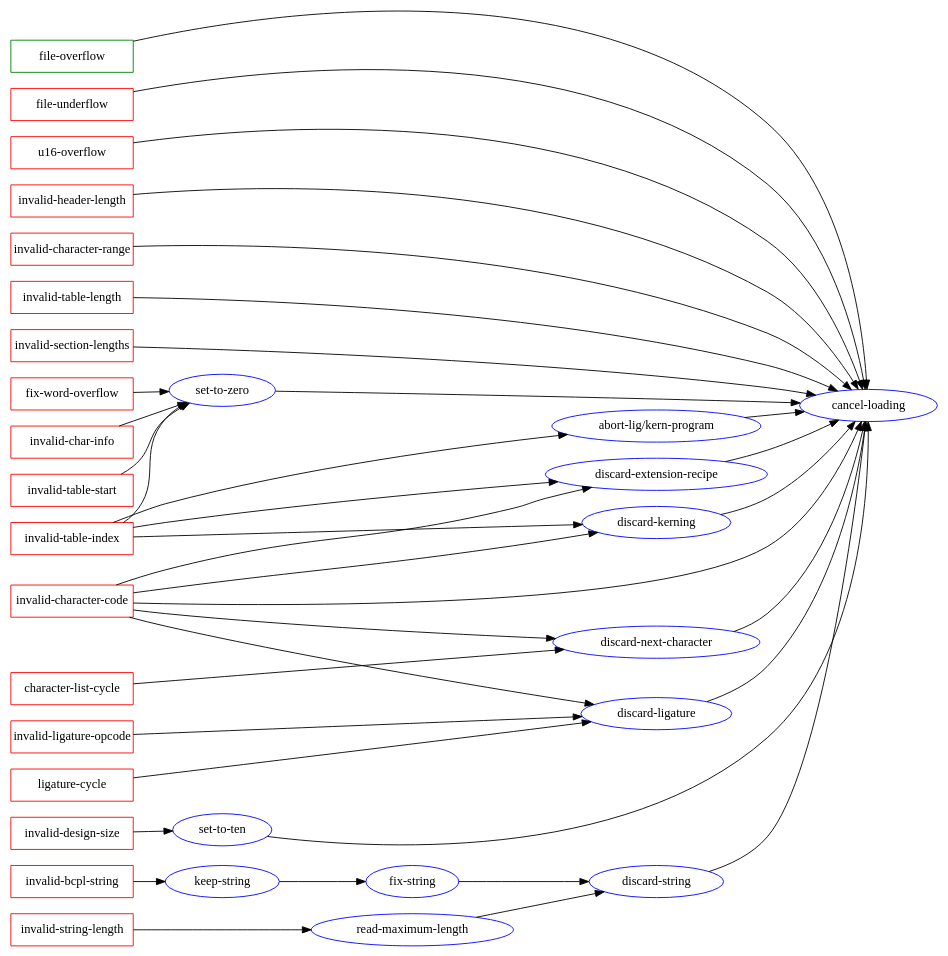
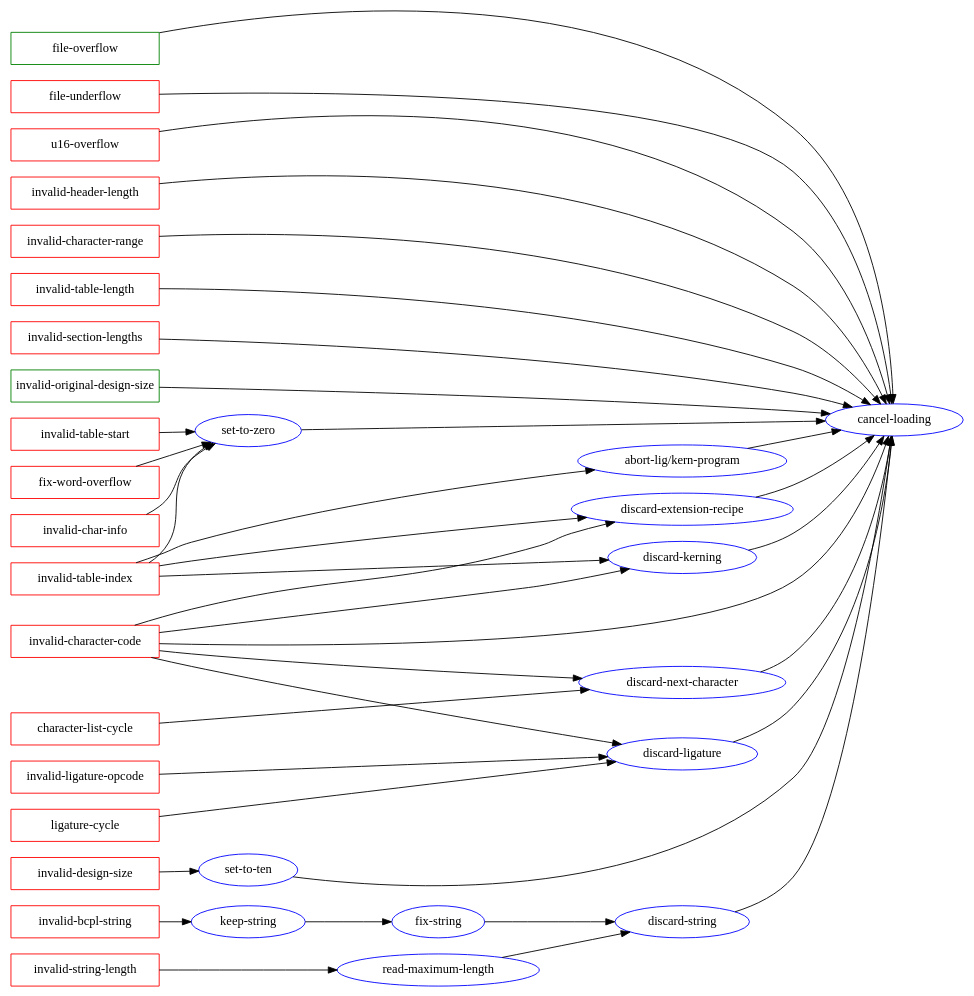
The diagram in doc/conditions.dot (didierverna/tfm), drawn with Graphviz before and after one commit. The commit also changed 1 other file, not shown here.

```diff
--- a/doc/conditions.dot
+++ b/doc/conditions.dot
@@ -1,54 +1,57 @@
 strict digraph {
   rankdir=LR;
   node [shape=ellipse color=blue]
 
   { rank=same "file-overflow" "file-underflow" "u16-overflow"
     "invalid-header-length" "invalid-character-range"  "invalid-table-length"
-    "invalid-section-lengths" "invalid-design-size"
+    "invalid-section-lengths"
+    "invalid-design-size" "invalid-original-design-size"
     "fix-word-overflow" "invalid-bcpl-string" "invalid-char-info"
     "invalid-character-code" "invalid-ligature-opcode" "invalid-string-length"
     "invalid-table-index" "invalid-table-start" "ligature-cycle"
     "character-list-cycle" }
 
   { rank=same "set-to-zero" "set-to-ten" }
 
   { rank=same "discard-string" "discard-extension-recipe" "discard-kerning"
     "discard-ligature" "discard-next-character" }
 
 
-  "file-overflow" [shape=box color=green fixedsize=true width=1.9]
+  "file-overflow" [shape=box color=green fixedsize=true width=2.3]
+  "invalid-original-design-size" [shape=box color=green fixedsize=true width=2.3]
 
   "character-list-cycle", "file-underflow", "u16-overflow",
   "fix-word-overflow", "invalid-bcpl-string", "invalid-char-info",
   "invalid-character-code", "invalid-character-range", "invalid-design-size",
   "invalid-header-length", "invalid-ligature-opcode",
   "invalid-section-lengths", "invalid-string-length", "invalid-table-index",
   "invalid-table-length", "invalid-table-start", "ligature-cycle"
-  [shape=box color=red fixedsize=true width=1.9]
+  [shape=box color=red fixedsize=true width=2.3]
 
   "file-overflow" -> "cancel-loading";
+  "invalid-original-design-size" -> "cancel-loading";
   "file-underflow" -> "cancel-loading";
   "u16-overflow" -> "cancel-loading";
   "invalid-header-length" -> "cancel-loading";
   "invalid-section-lengths" -> "cancel-loading";
   "invalid-table-length" -> "cancel-loading";
   "invalid-character-range" -> "cancel-loading";
   "character-list-cycle" -> "discard-next-character" -> "cancel-loading";
   "fix-word-overflow" -> "set-to-zero" -> "cancel-loading";
   "invalid-bcpl-string" -> "keep-string" -> "fix-string" -> "discard-string" -> "cancel-loading";
   "invalid-char-info" -> "set-to-zero" -> "cancel-loading";
   "invalid-character-code" -> "cancel-loading";
   "invalid-character-code" -> "discard-extension-recipe" -> "cancel-loading";
   "invalid-character-code" -> "discard-kerning" -> "cancel-loading";
   "invalid-character-code" -> "discard-ligature" -> "cancel-loading";
   "invalid-character-code" -> "discard-next-character" -> "cancel-loading";
   "invalid-design-size" -> "set-to-ten" -> "cancel-loading";
   "invalid-ligature-opcode" -> "discard-ligature" -> "cancel-loading";
   "invalid-string-length" -> "read-maximum-length" -> "discard-string" -> "cancel-loading";
   "invalid-table-index" -> "abort-lig/kern-program" -> "cancel-loading";
   "invalid-table-index" -> "discard-extension-recipe" -> "cancel-loading";
   "invalid-table-index" -> "discard-kerning" -> "cancel-loading";
   "invalid-table-index" -> "set-to-zero" -> "cancel-loading";
   "invalid-table-start" -> "set-to-zero" -> "cancel-loading";
   "ligature-cycle" -> "discard-ligature" -> "cancel-loading";
 }
```
